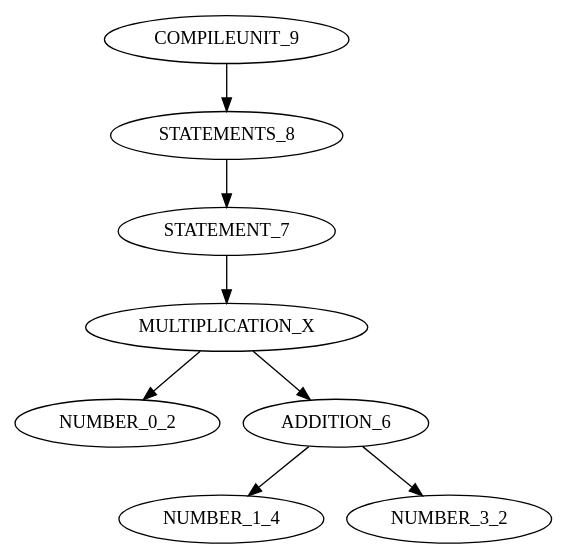
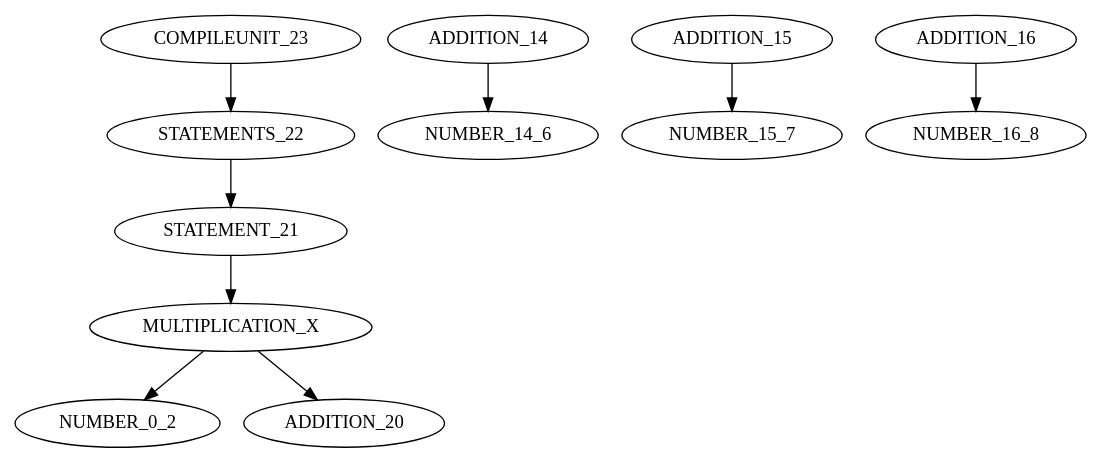
One commit to GBenakidis/Factorization-Compilers changed the diagram in stree_factor.dot. Above: the diagram before and after it, drawn with Graphviz. The commit also changed 7 other files, not shown here.

```diff
--- a/stree_factor.dot
+++ b/stree_factor.dot
@@ -1,9 +1,10 @@
 digraph G{ 
-"COMPILEUNIT_9"->"STATEMENTS_8";
-"STATEMENTS_8"->"STATEMENT_7";
-"STATEMENT_7"->"MULTIPLICATION_X";
+"COMPILEUNIT_23"->"STATEMENTS_22";
+"STATEMENTS_22"->"STATEMENT_21";
+"STATEMENT_21"->"MULTIPLICATION_X";
 "MULTIPLICATION_X"->"NUMBER_0_2";
-"MULTIPLICATION_X"->"ADDITION_6";
-"ADDITION_6"->"NUMBER_1_4";
-"ADDITION_6"->"NUMBER_3_2";
+"MULTIPLICATION_X"->"ADDITION_20";
+"ADDITION_14"->"NUMBER_14_6";
+"ADDITION_15"->"NUMBER_15_7";
+"ADDITION_16"->"NUMBER_16_8";
 }
```
